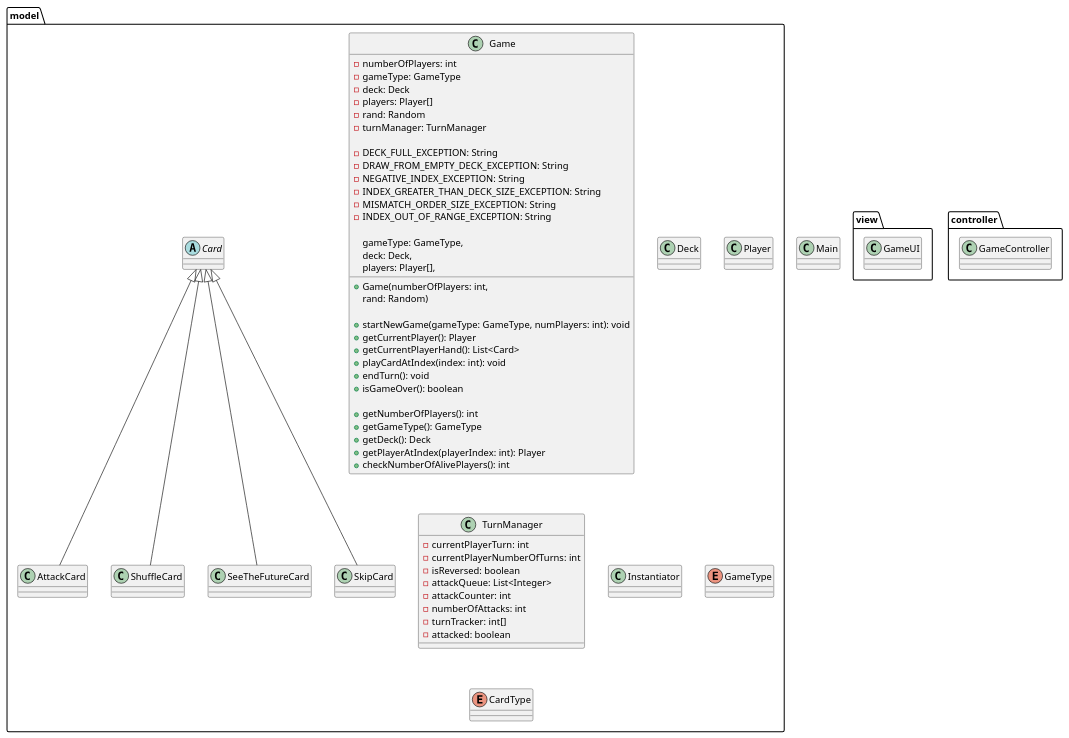
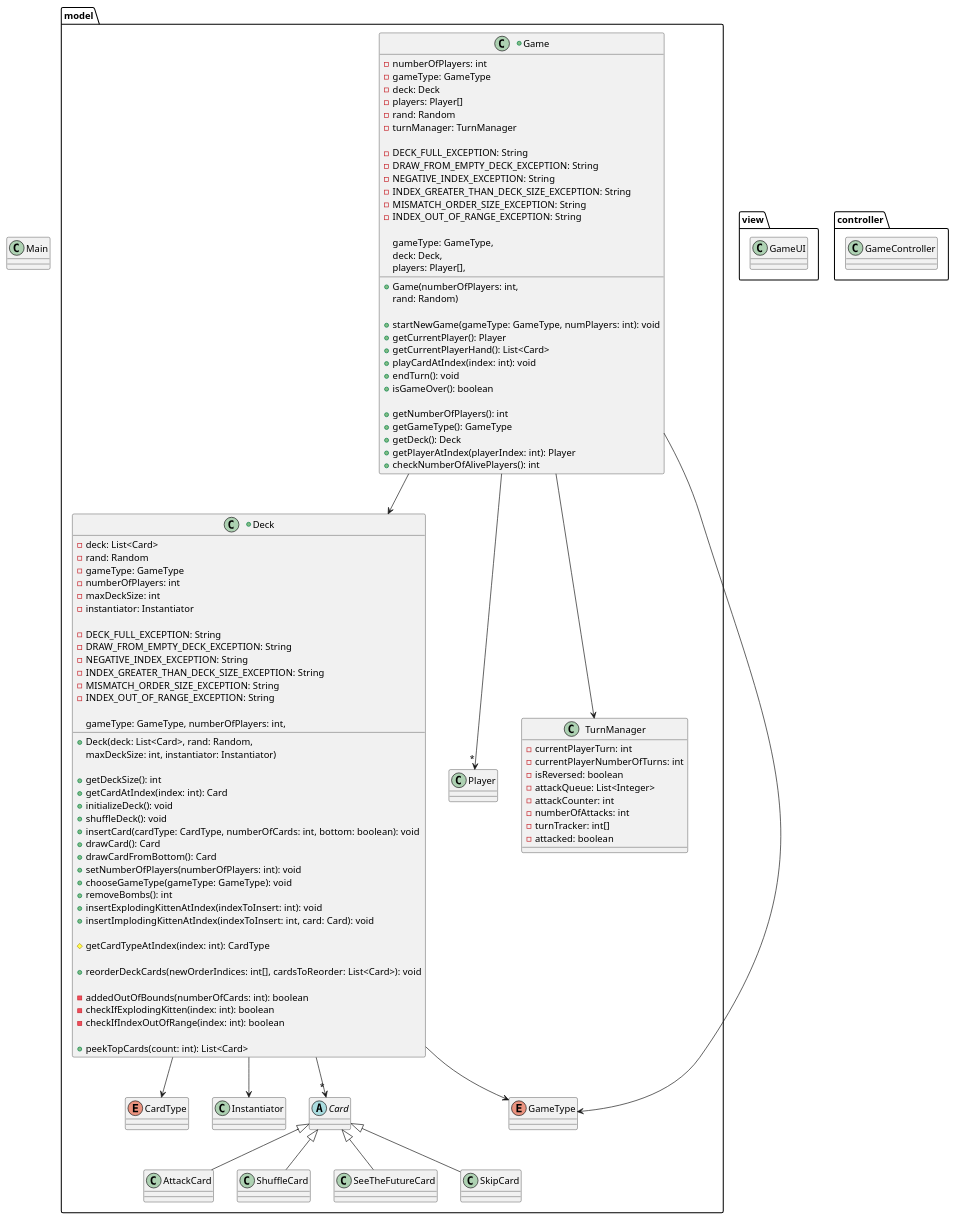
One commit to nu-cs-sw-design/project-20252601-solid changed the diagram in docs/design/new.puml. Above: the diagram before and after it, drawn with PlantUML. The commit also changed 1 other file, not shown here.

Commit message:
update uml for deck class

```diff
--- a/docs/design/new.puml
+++ b/docs/design/new.puml
@@ -1,92 +1,145 @@
 @startuml
 package model {
 
-    class Game {
+    +class Game {
         - numberOfPlayers: int
         - gameType: GameType
         - deck: Deck
         - players: Player[]
         - rand: Random
         - turnManager: TurnManager
 
         - DECK_FULL_EXCEPTION: String
         - DRAW_FROM_EMPTY_DECK_EXCEPTION: String
         - NEGATIVE_INDEX_EXCEPTION: String
         - INDEX_GREATER_THAN_DECK_SIZE_EXCEPTION: String
         - MISMATCH_ORDER_SIZE_EXCEPTION: String
         - INDEX_OUT_OF_RANGE_EXCEPTION: String
 
         + Game(numberOfPlayers: int,
                gameType: GameType,
                deck: Deck,
                players: Player[],
                rand: Random)
 
         + startNewGame(gameType: GameType, numPlayers: int): void
         + getCurrentPlayer(): Player
         + getCurrentPlayerHand(): List<Card>
         + playCardAtIndex(index: int): void
         + endTurn(): void
         + isGameOver(): boolean
 
         + getNumberOfPlayers(): int
         + getGameType(): GameType
         + getDeck(): Deck
         + getPlayerAtIndex(playerIndex: int): Player
         + checkNumberOfAlivePlayers(): int
     }
 
-    class Deck {
+    Game --> Deck
+    Game -->"*" Player
+    Game --> TurnManager
+    Game --> GameType
+
+
+    +class Deck{
+        -deck: List<Card>
+        -rand: Random
+        -gameType: GameType
+        -numberOfPlayers: int
+        -maxDeckSize: int
+        -instantiator: Instantiator
+
+        -DECK_FULL_EXCEPTION: String
+        -DRAW_FROM_EMPTY_DECK_EXCEPTION: String
+        -NEGATIVE_INDEX_EXCEPTION: String
+        -INDEX_GREATER_THAN_DECK_SIZE_EXCEPTION: String
+        -MISMATCH_ORDER_SIZE_EXCEPTION: String
+        -INDEX_OUT_OF_RANGE_EXCEPTION: String
+
+        +Deck(deck: List<Card>, rand: Random,
+              gameType: GameType, numberOfPlayers: int,
+              maxDeckSize: int, instantiator: Instantiator)
+
+        +getDeckSize(): int
+        +getCardAtIndex(index: int): Card
+        +initializeDeck(): void
+        +shuffleDeck(): void
+        +insertCard(cardType: CardType, numberOfCards: int, bottom: boolean): void
+        +drawCard(): Card
+        +drawCardFromBottom(): Card
+        +setNumberOfPlayers(numberOfPlayers: int): void
+        +chooseGameType(gameType: GameType): void
+        +removeBombs(): int
+        +insertExplodingKittenAtIndex(indexToInsert: int): void
+        +insertImplodingKittenAtIndex(indexToInsert: int, card: Card): void
+
+        #getCardTypeAtIndex(index: int): CardType
+
+        +reorderDeckCards(newOrderIndices: int[], cardsToReorder: List<Card>): void
+
+        -addedOutOfBounds(numberOfCards: int): boolean
+        -checkIfExplodingKitten(index: int): boolean
+        -checkIfIndexOutOfRange(index: int): boolean
+
+        +peekTopCards(count: int): List<Card>
+
     }
+
+    Deck --> CardType
+    Deck --> GameType
+    Deck --> Instantiator
+    Deck --> " *" Card
+
 
     class Player {
     }
 
     abstract class Card {
     }
 
     class TurnManager {
         - currentPlayerTurn: int
         - currentPlayerNumberOfTurns: int
         - isReversed: boolean
         - attackQueue: List<Integer>
         - attackCounter: int
         - numberOfAttacks: int
         - turnTracker: int[]
         - attacked: boolean
     }
 
     class Instantiator {
     }
 
     enum GameType {
     }
 
     enum CardType {
     }
 
     ' Cards to implement
     class AttackCard extends Card {
     }
     class ShuffleCard extends Card {
     }
     class SeeTheFutureCard extends Card {
     }
     class SkipCard extends Card {
     }
 }
 
 package view {
     class GameUI {
     }
 }
 
 package controller {
     class GameController {
     }
 }
 
 class Main {
 }
 
 @enduml
```
